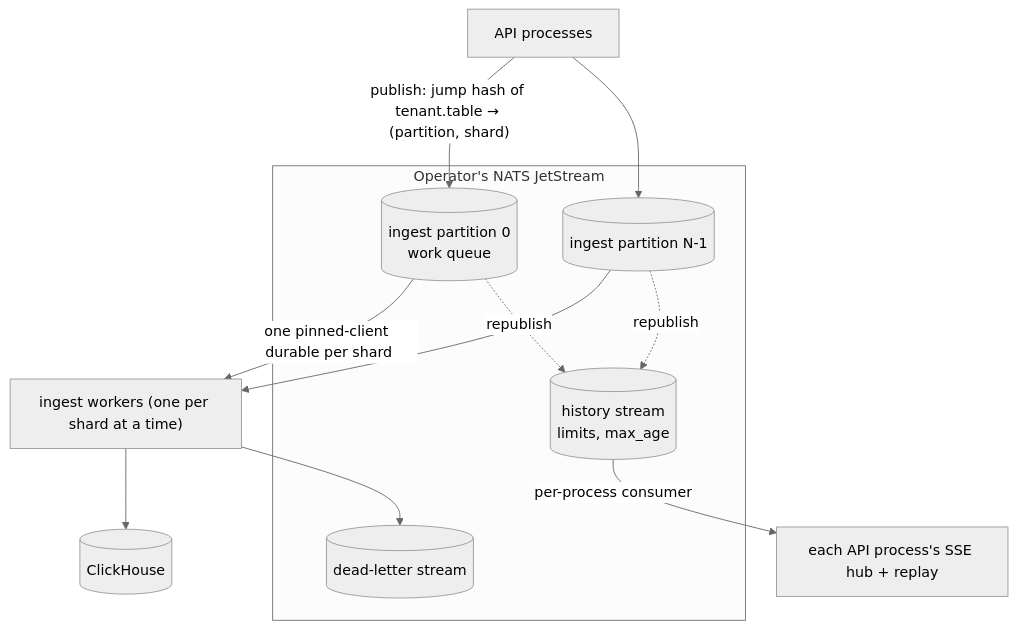
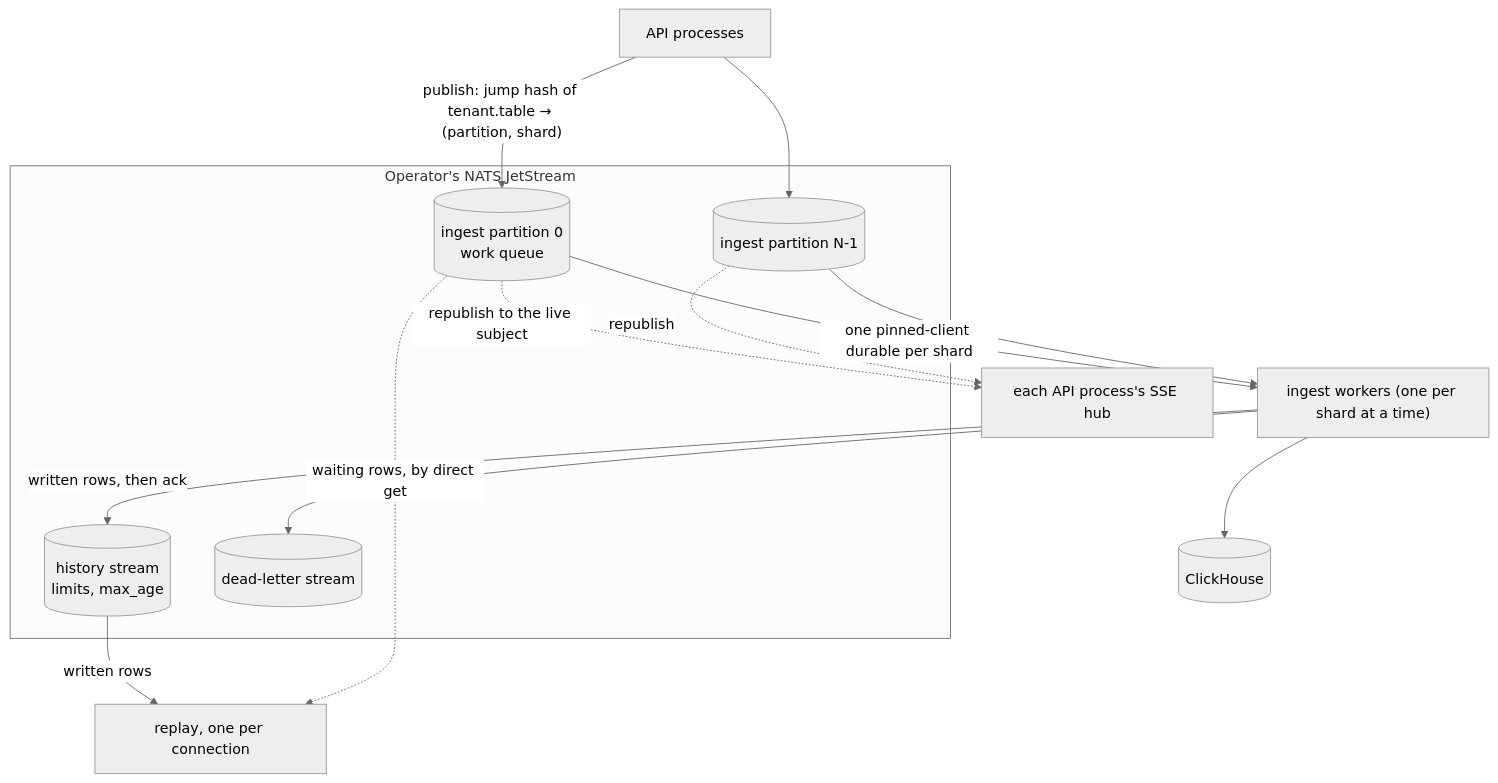
One commit to Wave-RF/WaveHouse changed the seventh of 7 diagrams in docs/src/content/docs/ingest-pipeline.md. Above: the diagram before and after it, drawn with Mermaid (neutral theme). The commit also changed other lines of this file and 89 other files, not shown here.

Commit message:
fix(mq): work-queue ingest with a worker-written replay history

````diff
--- a/docs/src/content/docs/ingest-pipeline.md
+++ b/docs/src/content/docs/ingest-pipeline.md
@@ -280,18 +282,20 @@
 ```mermaid
 flowchart TD
     subgraph NATS["Operator's NATS JetStream"]
         P0[("ingest partition 0<br/>work queue")]
         P1[("ingest partition N-1")]
         H[("history stream<br/>limits, max_age")]
         D[("dead-letter stream")]
     end
     API["API processes"] -->|"publish: jump hash of tenant.table → (partition, shard)"| P0
     API --> P1
     P0 -->|"one pinned-client durable per shard"| W["ingest workers (one per shard at a time)"]
     P1 --> W
-    P0 -. republish .-> H
-    P1 -. republish .-> H
-    H -->|"per-process consumer"| Hub["each API process's SSE hub + replay"]
+    P0 -. "republish to the live subject" .-> Hub["each API process's SSE hub"]
+    P1 -. republish .-> Hub
     W --> CH[("ClickHouse")]
+    W -->|"written rows, then ack"| H
     W --> D
+    H -->|"written rows"| R["replay, one per connection"]
+    P0 -. "waiting rows, by direct get" .-> R
 ```
````
